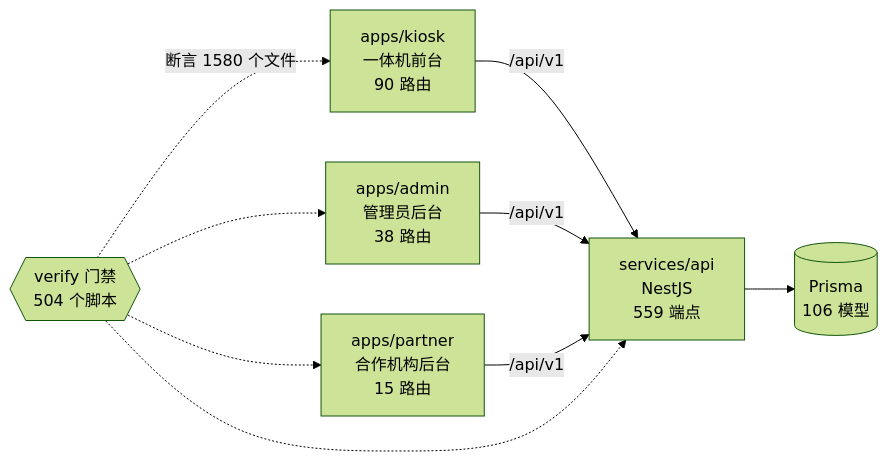
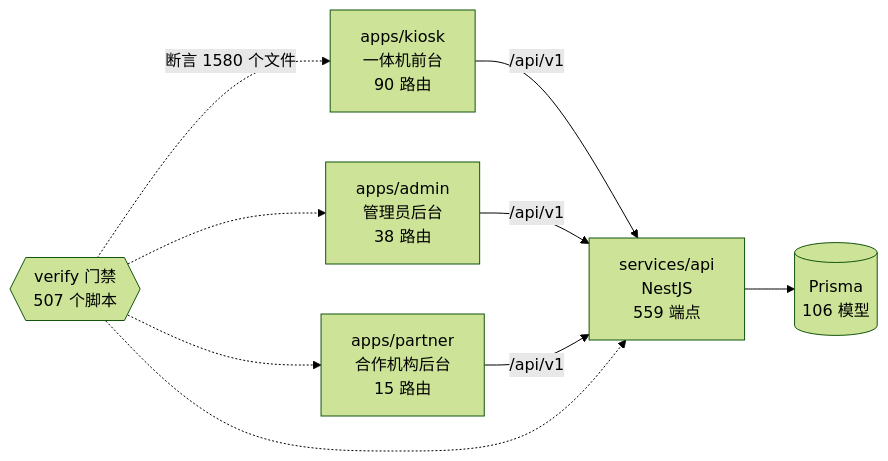
Before and after one commit to wanglei581/YITIJI: the diagram in docs/graph/README.md, drawn with Mermaid (forest theme). The commit also changed other lines of this file and 1 other file, not shown here.

Commit message:
chore(graph): regenerate after merging #1053 and #1054

````diff
--- a/docs/graph/README.md
+++ b/docs/graph/README.md
@@ -68,18 +68,18 @@
 ```mermaid
 flowchart LR
   kiosk["apps/kiosk<br/>一体机前台<br/>90 路由"]
   admin["apps/admin<br/>管理员后台<br/>38 路由"]
   partner["apps/partner<br/>合作机构后台<br/>15 路由"]
   api["services/api<br/>NestJS<br/>559 端点"]
   db[("Prisma<br/>106 模型")]
-  gates{{"verify 门禁<br/>504 个脚本"}}
+  gates{{"verify 门禁<br/>507 个脚本"}}
 
   kiosk -->|"/api/v1"| api
   admin -->|"/api/v1"| api
   partner -->|"/api/v1"| api
   api --> db
   gates -.->|"断言 1580 个文件"| kiosk
   gates -.-> admin
   gates -.-> partner
   gates -.-> api
 ```
````
